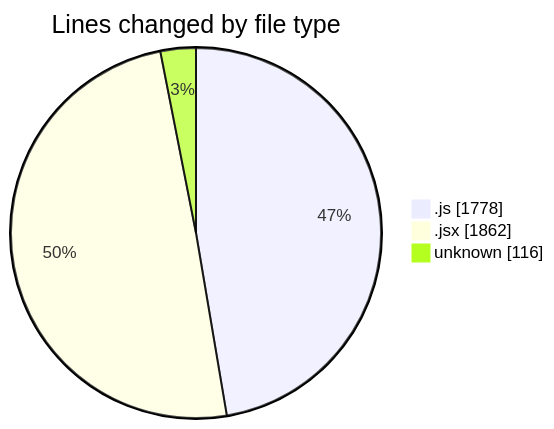
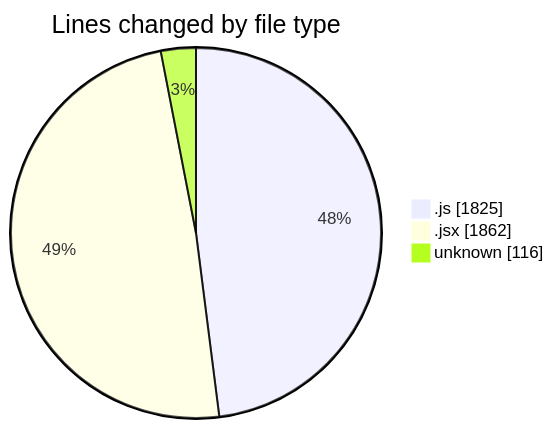
Before and after one commit to nxtqubesakshisongat/code-tracking: the first of 2 diagrams in 2025-12-01/nxtqube_webapp/README.md, drawn with Mermaid. The commit also changed other lines of this file and 1 other file, not shown here.

````diff
--- a/2025-12-01/nxtqube_webapp/README.md
+++ b/2025-12-01/nxtqube_webapp/README.md
@@ -29,7 +29,7 @@
 ```mermaid
 pie showData
 title Lines changed by file type
-".js" : 1778
+".js" : 1825
 ".jsx" : 1862
 "unknown" : 116
 ```
````
